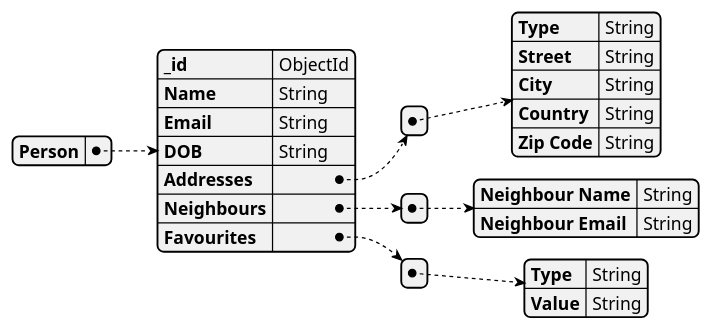
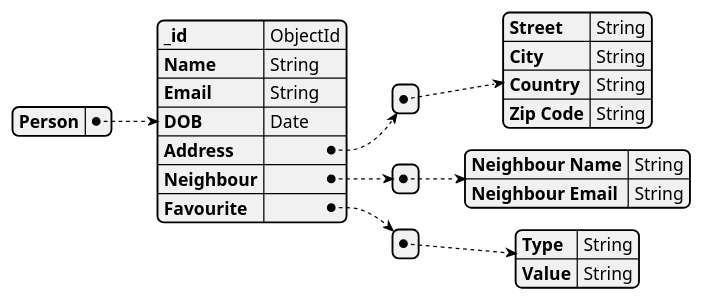
Before and after one commit to sudefidan/Advanced_Database: the diagram in Assessment/TASK2/nosql.plantuml, drawn with PlantUML. The commit also changed 45 other files, not shown here.

```diff
--- a/Assessment/TASK2/nosql.plantuml
+++ b/Assessment/TASK2/nosql.plantuml
@@ -1,31 +1,30 @@
 @startjson
 {
   "Person": {
     "_id": "ObjectId",
     "Name": "String",
     "Email": "String",
-    "DOB": "String",
-    "Addresses": [
+    "DOB": "Date",
+    "Address": [
       {
-      "Type": "String",
       "Street": "String",
       "City": "String",
       "Country": "String",
       "Zip Code": "String"
       }
     ],
-    "Neighbours": [
+    "Neighbour": [
       {
         "Neighbour Name": "String",
         "Neighbour Email": "String"
       }
     ],
-    "Favourites": [
+    "Favourite": [
       {
         "Type": "String",
         "Value": "String"
       }
     ]
   }
 }
 @endjson
```
